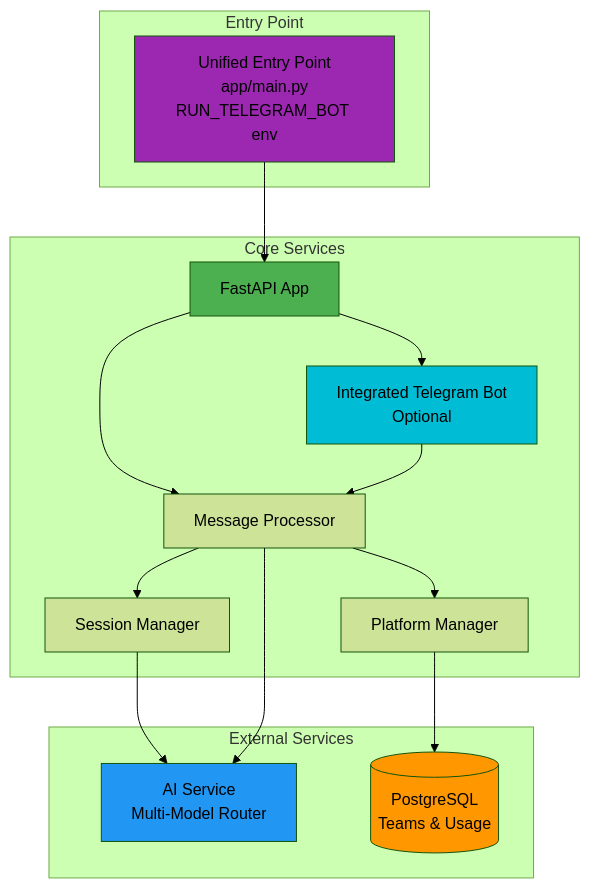
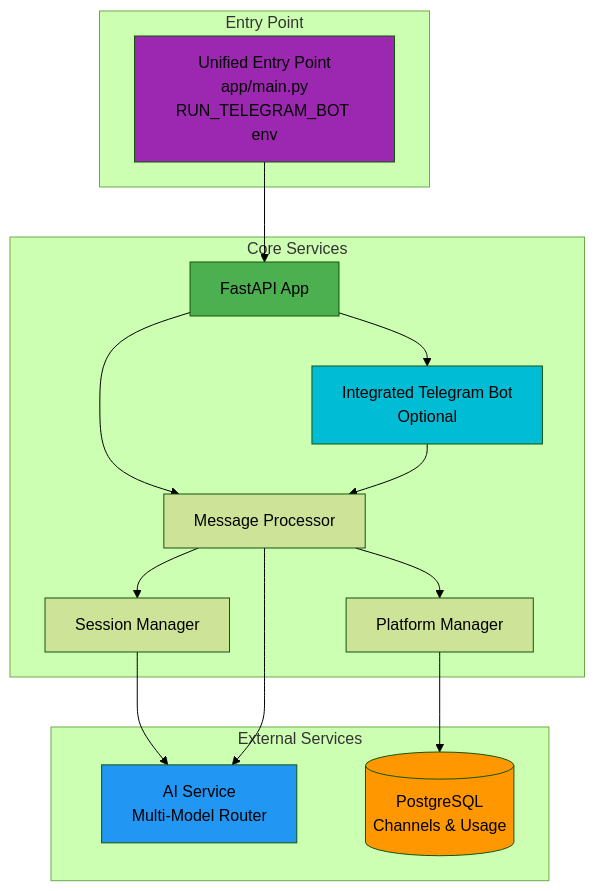
Before and after one commit to irisaprime/external-api-finisher: the first of 2 diagrams in README.md, drawn with Mermaid (forest theme). The commit also changed other lines of this file and 2 other files, not shown here.

First line of the commit message:
fix: Remove final 7 legacy references - 100% channel architecture

````diff
--- a/README.md
+++ b/README.md
@@ -11,35 +11,35 @@
 ```mermaid
 graph TB
     subgraph "Entry Point"
         ENTRY[Unified Entry Point<br/>app/main.py<br/>RUN_TELEGRAM_BOT env]
     end
 
     subgraph "Core Services"
         APP[FastAPI App]
         BOT[Integrated Telegram Bot<br/>Optional]
         MSG[Message Processor]
         SESS[Session Manager]
         PLAT[Platform Manager]
     end
 
     subgraph "External Services"
         AI[AI Service<br/>Multi-Model Router]
-        DB[(PostgreSQL<br/>Teams & Usage)]
+        DB[(PostgreSQL<br/>Channels & Usage)]
     end
 
     ENTRY --> APP
     APP --> BOT
     APP --> MSG
     BOT --> MSG
     MSG --> SESS
     MSG --> PLAT
     SESS --> AI
     PLAT --> DB
     MSG --> AI
 
     style ENTRY fill:#9C27B0
     style APP fill:#4CAF50
     style BOT fill:#00BCD4
     style AI fill:#2196F3
     style DB fill:#FF9800
 ```
````
